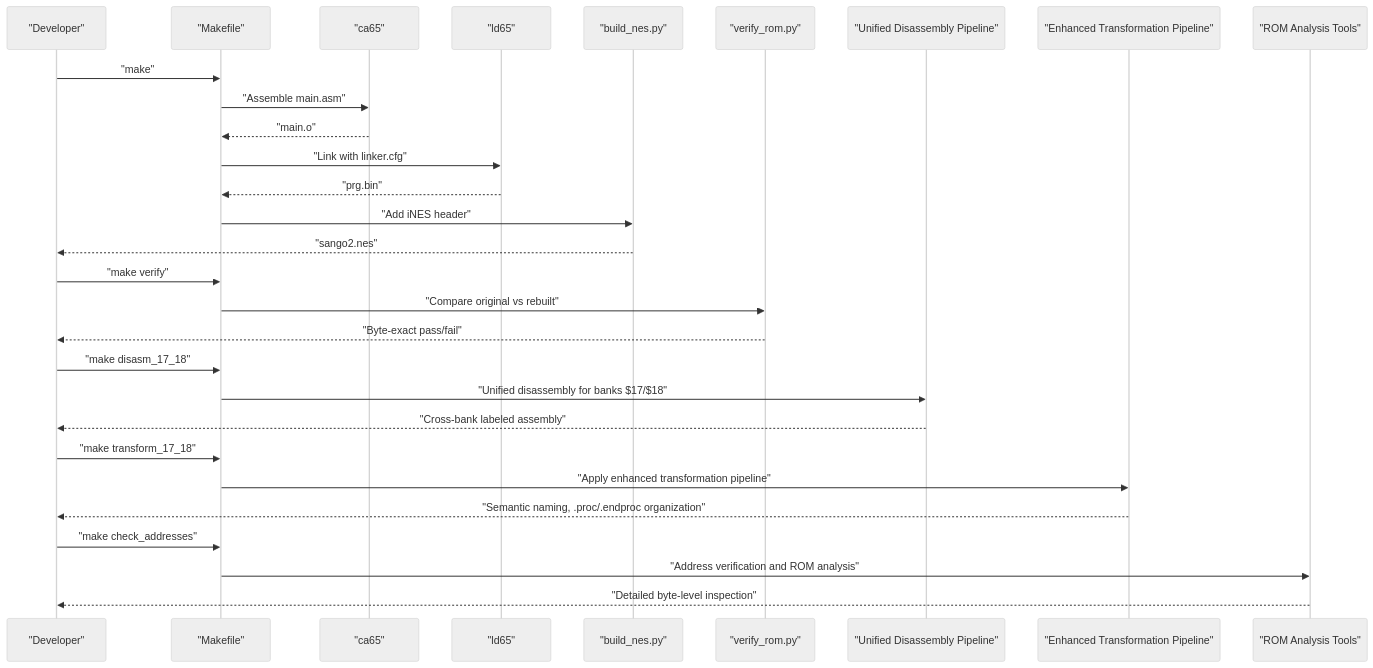
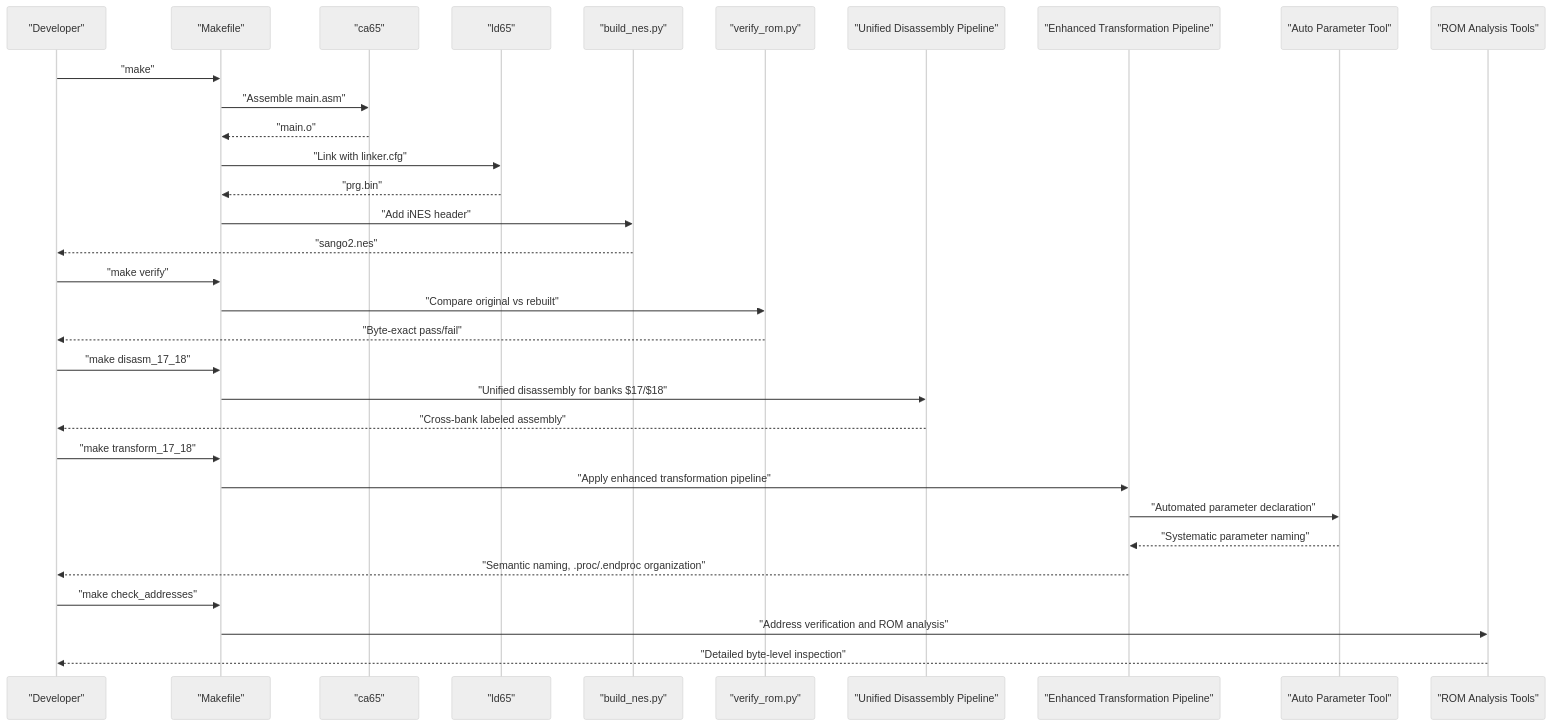
The second of 13 diagrams in .qoder/repowiki/en/content/Build System and Tools/Build System and Tools.md (rabbyzero/sango2dasm), drawn with Mermaid (neutral theme) before and after one commit. The commit also changed other lines of this file and 7 other files, not shown here.

````diff
--- a/.qoder/repowiki/en/content/Build System and Tools/Build System and Tools.md
+++ b/.qoder/repowiki/en/content/Build System and Tools/Build System and Tools.md
@@ -274,31 +280,34 @@
 ```mermaid
 sequenceDiagram
 participant Dev as "Developer"
 participant MK as "Makefile"
 participant CA as "ca65"
 participant LD as "ld65"
 participant BN as "build_nes.py"
 participant VR as "verify_rom.py"
 participant UD as "Unified Disassembly Pipeline"
 participant TP as "Enhanced Transformation Pipeline"
+participant AP as "Auto Parameter Tool"
 participant RA as "ROM Analysis Tools"
 Dev->>MK : "make"
 MK->>CA : "Assemble main.asm"
 CA-->>MK : "main.o"
 MK->>LD : "Link with linker.cfg"
 LD-->>MK : "prg.bin"
 MK->>BN : "Add iNES header"
 BN-->>Dev : "sango2.nes"
 Dev->>MK : "make verify"
 MK->>VR : "Compare original vs rebuilt"
 VR-->>Dev : "Byte-exact pass/fail"
 Dev->>MK : "make disasm_17_18"
 MK->>UD : "Unified disassembly for banks $17/$18"
 UD-->>Dev : "Cross-bank labeled assembly"
 Dev->>MK : "make transform_17_18"
 MK->>TP : "Apply enhanced transformation pipeline"
+TP->>AP : "Automated parameter declaration"
+AP-->>TP : "Systematic parameter naming"
 TP-->>Dev : "Semantic naming, .proc/.endproc organization"
 Dev->>MK : "make check_addresses"
 MK->>RA : "Address verification and ROM analysis"
 RA-->>Dev : "Detailed byte-level inspection"
 ```
````
